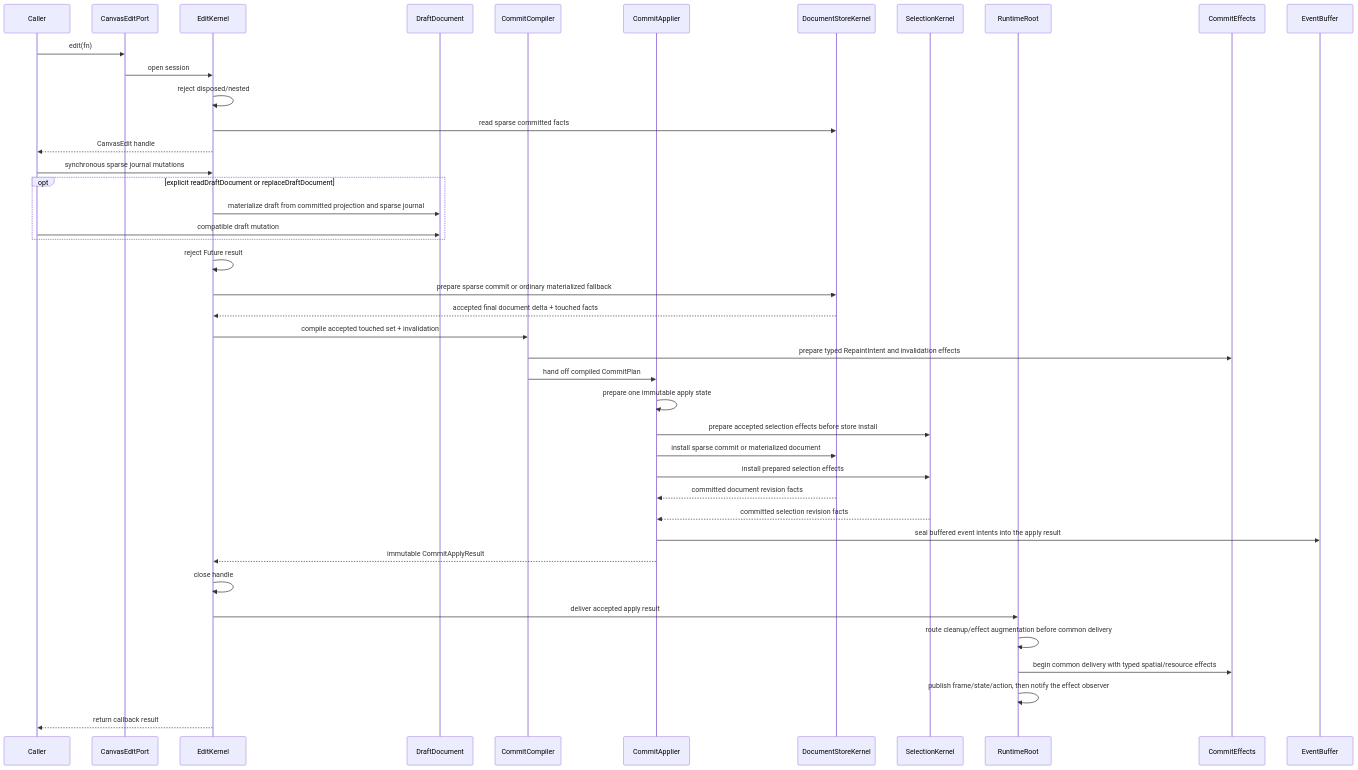
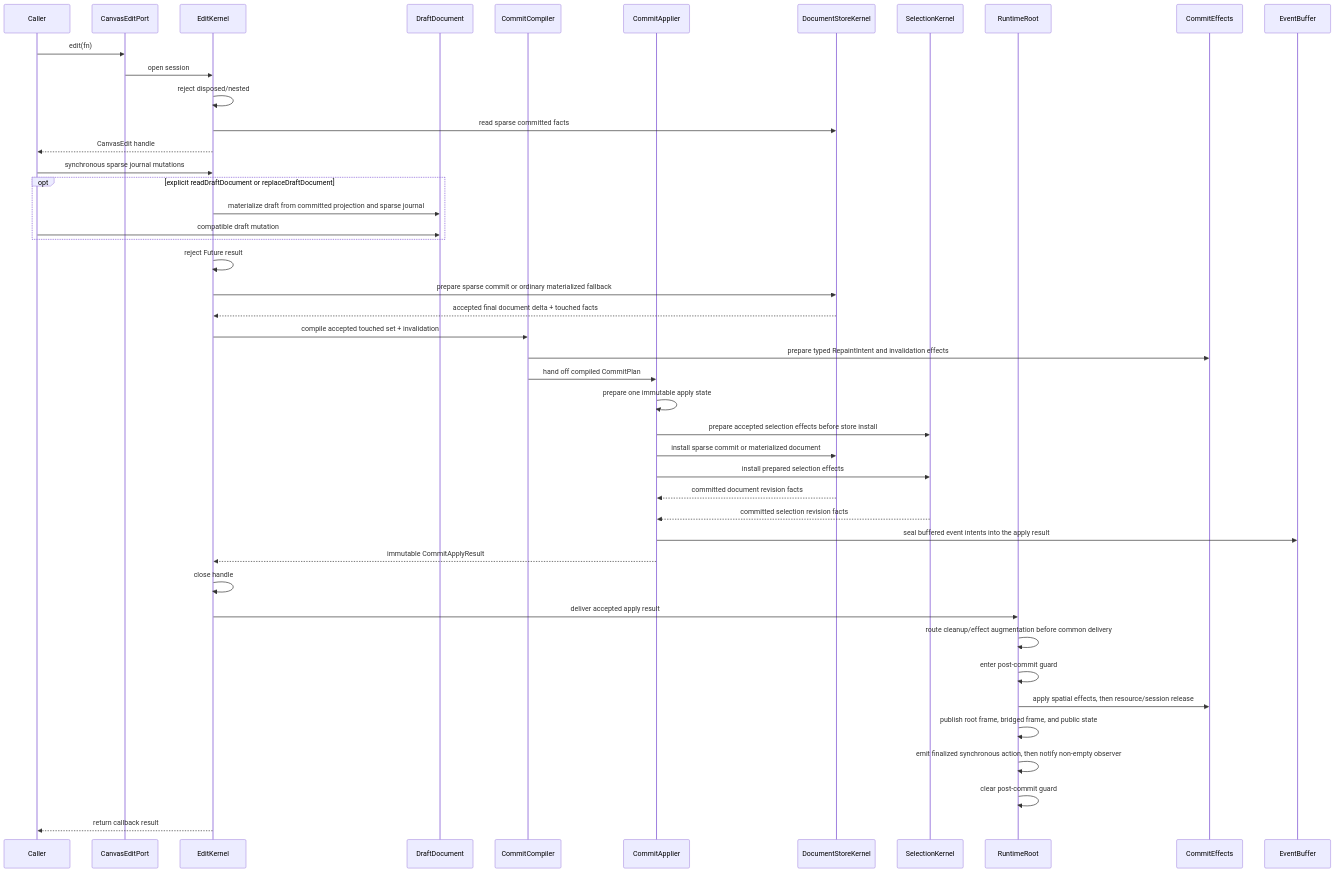
One commit to GreatPika/iwb_canvas_engine changed the first of 2 diagrams in docs/contracts/edit_kernel.md. Above: the diagram before and after it, drawn with Mermaid. The commit also changed other lines of this file and 28 other files, not shown here.

First line of the commit message:
test(runtime): close guarded common delivery

````diff
--- a/docs/contracts/edit_kernel.md
+++ b/docs/contracts/edit_kernel.md
@@ -46,45 +46,48 @@
 ```mermaid
 sequenceDiagram
   participant Caller
   participant API as CanvasEditPort
   participant EK as EditKernel
   participant Draft as DraftDocument
   participant CC as CommitCompiler
   participant Applier as CommitApplier
   participant Store as DocumentStoreKernel
   participant Selection as SelectionKernel
   participant Runtime as RuntimeRoot
   participant Effects as CommitEffects
   participant Events as EventBuffer
 
   Caller->>API: edit(fn)
   API->>EK: open session
   EK->>EK: reject disposed/nested
   EK->>Store: read sparse committed facts
   EK-->>Caller: CanvasEdit handle
   Caller->>EK: synchronous sparse journal mutations
   opt explicit readDraftDocument or replaceDraftDocument
     EK->>Draft: materialize draft from committed projection and sparse journal
     Caller->>Draft: compatible draft mutation
   end
   EK->>EK: reject Future result
   EK->>Store: prepare sparse commit or ordinary materialized fallback
   Store-->>EK: accepted final document delta + touched facts
   EK->>CC: compile accepted touched set + invalidation
   CC->>Effects: prepare typed RepaintIntent and invalidation effects
   CC->>Applier: hand off compiled CommitPlan
   Applier->>Applier: prepare one immutable apply state
   Applier->>Selection: prepare accepted selection effects before store install
   Applier->>Store: install sparse commit or materialized document
   Applier->>Selection: install prepared selection effects
   Store-->>Applier: committed document revision facts
   Selection-->>Applier: committed selection revision facts
   Applier->>Events: seal buffered event intents into the apply result
   Applier-->>EK: immutable CommitApplyResult
   EK->>EK: close handle
   EK->>Runtime: deliver accepted apply result
   Runtime->>Runtime: route cleanup/effect augmentation before common delivery
-  Runtime->>Effects: begin common delivery with typed spatial/resource effects
-  Runtime->>Runtime: publish frame/state/action, then notify the effect observer
+  Runtime->>Runtime: enter post-commit guard
+  Runtime->>Effects: apply spatial effects, then resource/session release
+  Runtime->>Runtime: publish root frame, bridged frame, and public state
+  Runtime->>Runtime: emit finalized synchronous action, then notify non-empty observer
+  Runtime->>Runtime: clear post-commit guard
   EK-->>Caller: return callback result
 ```
````
